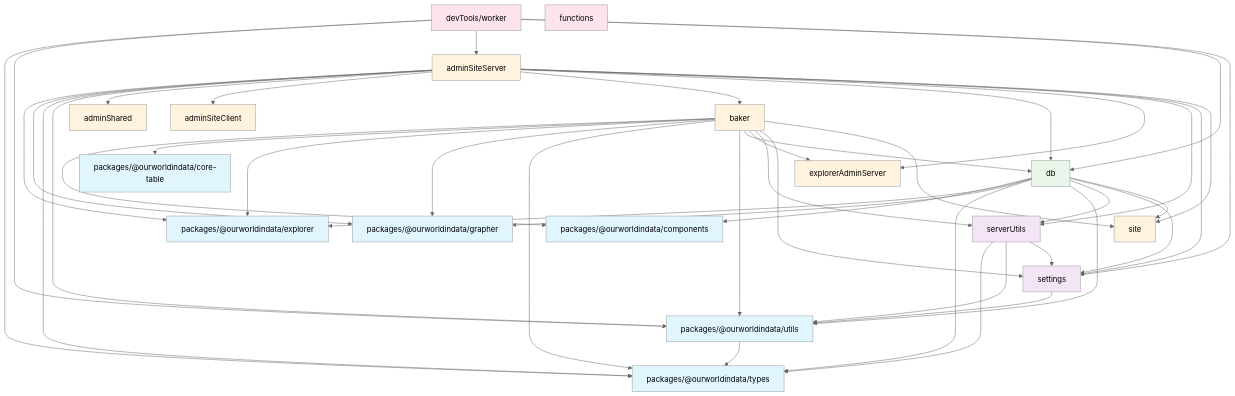
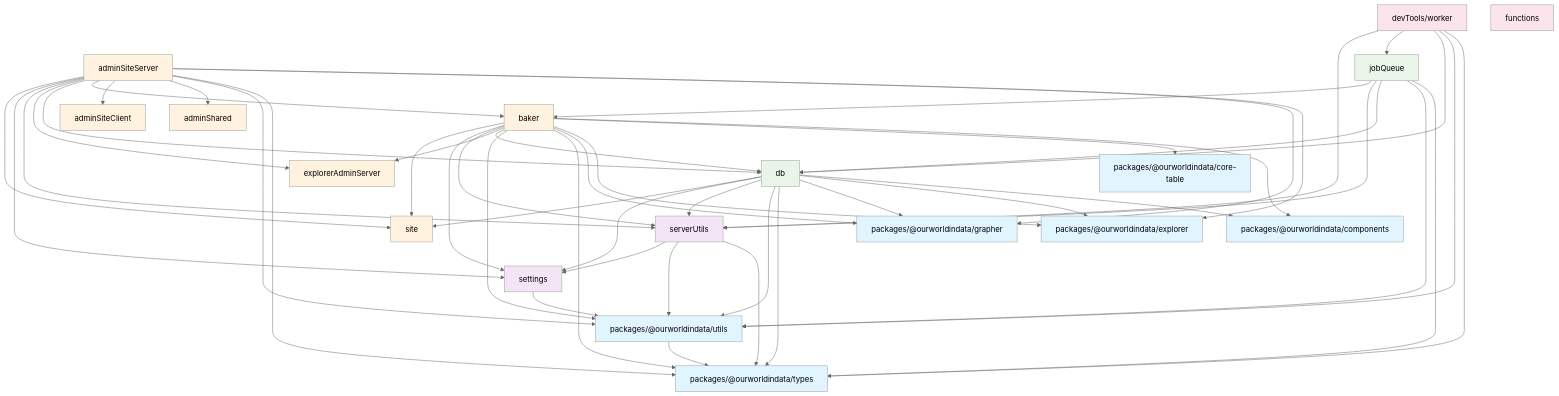
Before and after one commit to owid/owid-grapher: the diagram in docs/imports-diagram.md, drawn with Mermaid (neutral theme). The commit also changed other lines of this file and 20 other files, not shown here.

````diff
--- a/docs/imports-diagram.md
+++ b/docs/imports-diagram.md
@@ -25,6 +25,7 @@
     site["site"];
     explorerAdminServer["explorerAdminServer"];
 
+    jobQueue["jobQueue"];
     worker["devTools/worker"];
     cf_functions["functions"];
 
@@ -70,11 +71,17 @@
     baker --> settings;
     baker --> site;
 
+    jobQueue --> types;
+    jobQueue --> utils;
+    jobQueue --> db;
+    jobQueue --> serverUtils;
+    jobQueue --> baker;
+
     worker --> types;
     worker --> utils;
-    worker --> adminSiteServer;
     worker --> db;
-    worker --> settings;
+    worker --> jobQueue;
+    worker --> serverUtils;
 
     classDef packageLayer fill:#e1f5fe;
     classDef infraLayer fill:#f3e5f5;
@@ -84,7 +91,7 @@
 
     class types,utils,components,core_table,grapher,explorer packageLayer;
     class settings,serverUtils infraLayer;
-    class db coreLayer;
+    class db,jobQueue coreLayer;
     class adminShared,adminSiteServer,adminSiteClient,baker,site,explorerAdminServer appLayer;
     class worker,cf_functions toolLayer;
 ```
````
